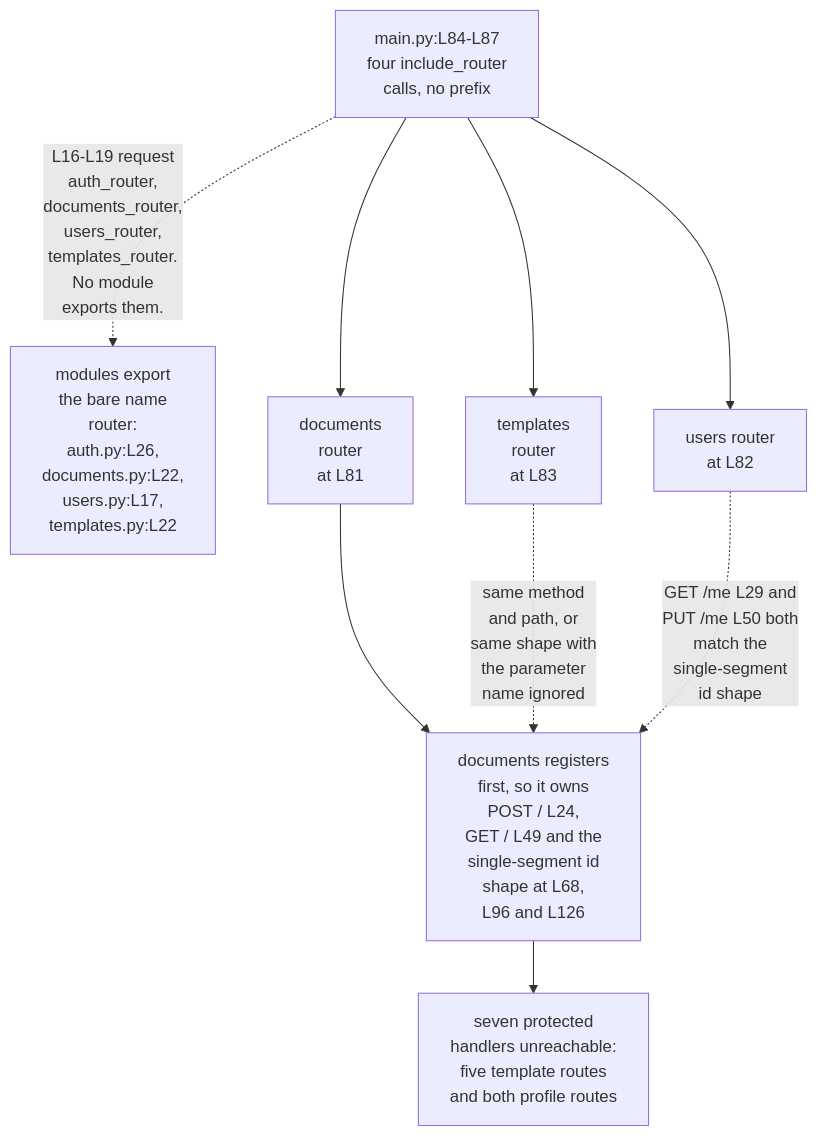
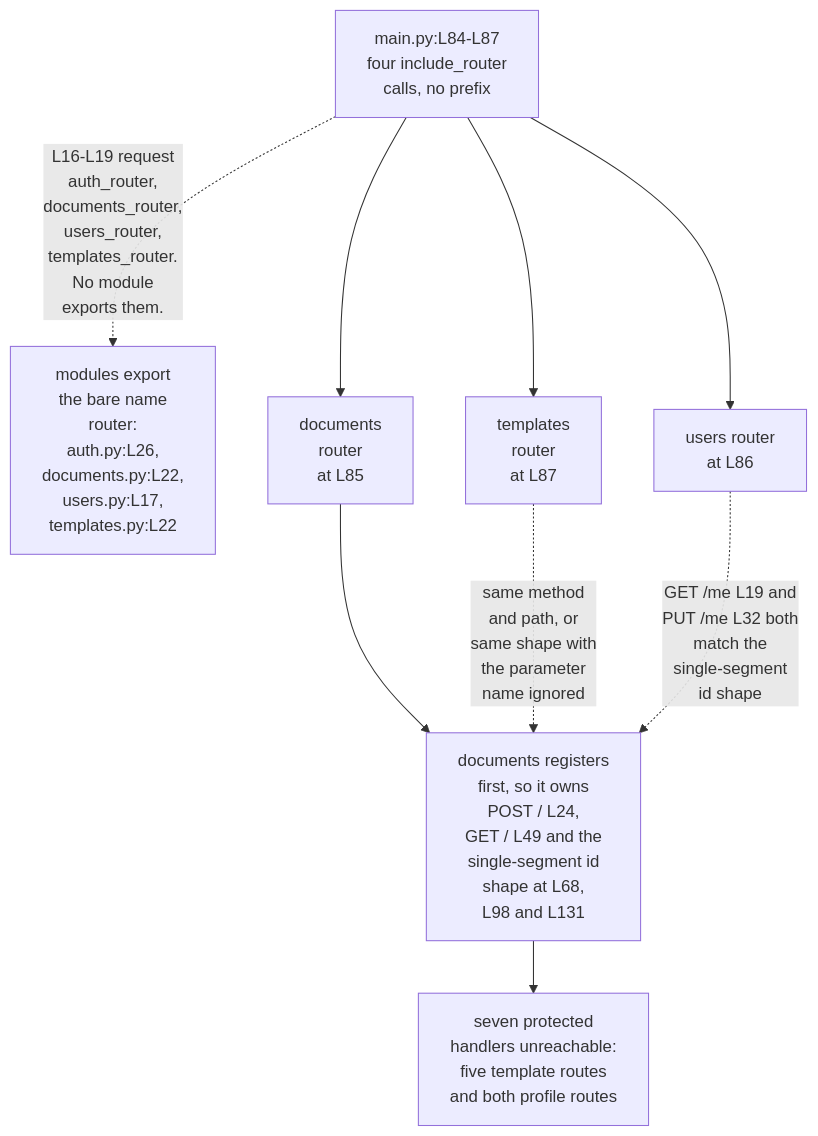
Before and after one commit to blitzy-public-samples/microsoft-word-u33ko0: the second of 2 diagrams in backend/app/api/README.md, drawn with Mermaid. The commit also changed other lines of this file and 25 other files, not shown here.

````diff
--- a/backend/app/api/README.md
+++ b/backend/app/api/README.md
@@ -189,19 +189,19 @@
 ```mermaid
 graph TD
     accTitle: Why the documents router owns every colliding path
     accDescr: main.py mounts all four routers with no prefix, so identical paths collide. The documents router registers first and owns the shared shapes, leaving seven protected handlers unreachable.
     MAIN["main.py:L84-L87<br/>four include_router<br/>calls, no prefix"]
     NAMES["modules export<br/>the bare name<br/>router:<br/>auth.py:L26,<br/>documents.py:L22,<br/>users.py:L17,<br/>templates.py:L22"]
 
     MAIN -.->|"L16-L19 request<br/>auth_router,<br/>documents_router,<br/>users_router,<br/>templates_router.<br/>No module<br/>exports them."| NAMES
 
-    MAIN --> D["documents<br/>router<br/>at L81"]
-    MAIN --> U["users router<br/>at L82"]
-    MAIN --> T["templates<br/>router<br/>at L83"]
+    MAIN --> D["documents<br/>router<br/>at L85"]
+    MAIN --> U["users router<br/>at L86"]
+    MAIN --> T["templates<br/>router<br/>at L87"]
 
-    D --> WIN["documents registers<br/>first, so it owns<br/>POST / L24,<br/>GET / L49 and the<br/>single-segment id<br/>shape at L68,<br/>L96 and L126"]
+    D --> WIN["documents registers<br/>first, so it owns<br/>POST / L24,<br/>GET / L49 and the<br/>single-segment id<br/>shape at L68,<br/>L98 and L131"]
     T -.->|"same method<br/>and path, or<br/>same shape with<br/>the parameter<br/>name ignored"| WIN
-    U -.->|"GET /me L29 and<br/>PUT /me L50 both<br/>match the<br/>single-segment<br/>id shape"| WIN
+    U -.->|"GET /me L19 and<br/>PUT /me L32 both<br/>match the<br/>single-segment<br/>id shape"| WIN
 
     WIN --> OUT["seven protected<br/>handlers unreachable:<br/>five template routes<br/>and both profile routes"]
 ```
````
